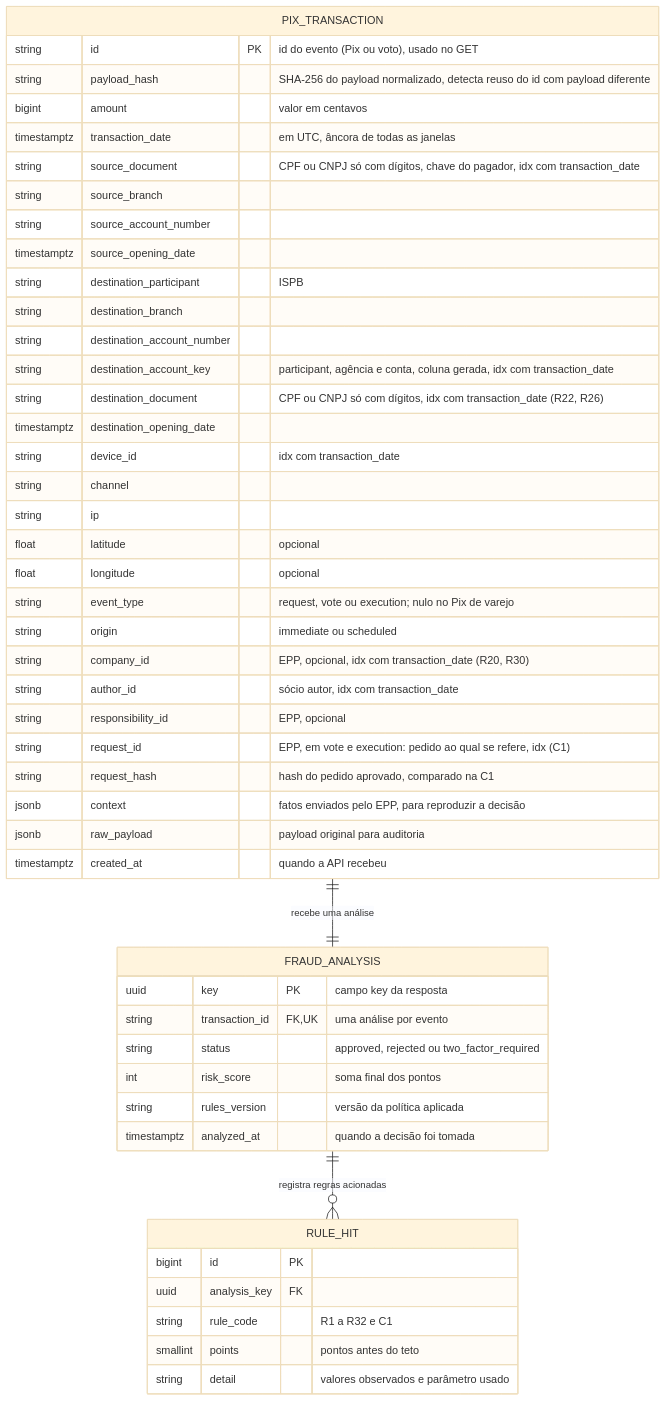
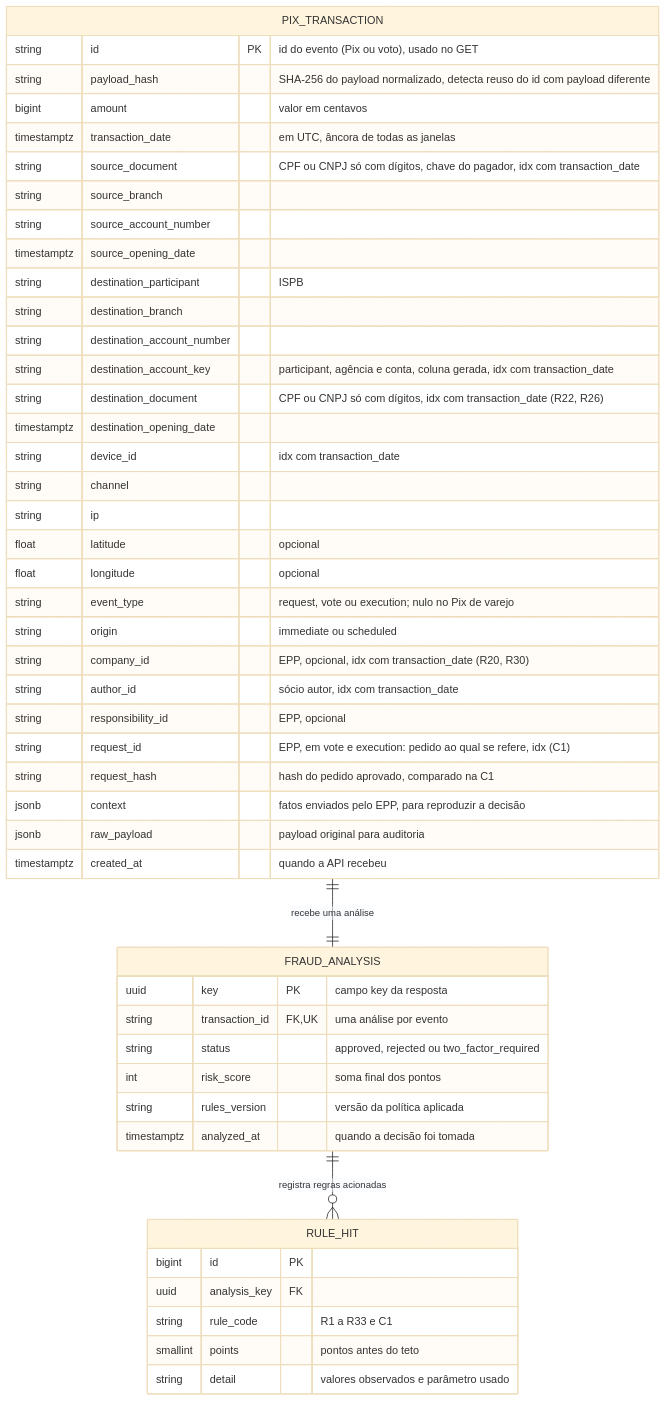
One commit to Hugo-Fuente/QIHackathon-Validacao-de-PIX changed the diagram in rfc_antifraude_pix.md. Above: the diagram before and after it, drawn with Mermaid (base theme). The commit also changed other lines of this file and 3 other files, not shown here.

````diff
--- a/rfc_antifraude_pix.md
+++ b/rfc_antifraude_pix.md
@@ -78,54 +78,54 @@
 ```mermaid
 erDiagram
     PIX_TRANSACTION ||--|| FRAUD_ANALYSIS : "recebe uma análise"
     FRAUD_ANALYSIS ||--o{ RULE_HIT : "registra regras acionadas"
 
     PIX_TRANSACTION {
         string id PK "id do evento (Pix ou voto), usado no GET"
         string payload_hash "SHA-256 do payload normalizado, detecta reuso do id com payload diferente"
         bigint amount "valor em centavos"
         timestamptz transaction_date "em UTC, âncora de todas as janelas"
         string source_document "CPF ou CNPJ só com dígitos, chave do pagador, idx com transaction_date"
         string source_branch
         string source_account_number
         timestamptz source_opening_date
         string destination_participant "ISPB"
         string destination_branch
         string destination_account_number
         string destination_account_key "participant, agência e conta, coluna gerada, idx com transaction_date"
         string destination_document "CPF ou CNPJ só com dígitos, idx com transaction_date (R22, R26)"
         timestamptz destination_opening_date
         string device_id "idx com transaction_date"
         string channel
         string ip
         float latitude "opcional"
         float longitude "opcional"
         string event_type "request, vote ou execution; nulo no Pix de varejo"
         string origin "immediate ou scheduled"
         string company_id "EPP, opcional, idx com transaction_date (R20, R30)"
         string author_id "sócio autor, idx com transaction_date"
         string responsibility_id "EPP, opcional"
         string request_id "EPP, em vote e execution: pedido ao qual se refere, idx (C1)"
         string request_hash "hash do pedido aprovado, comparado na C1"
         jsonb context "fatos enviados pelo EPP, para reproduzir a decisão"
         jsonb raw_payload "payload original para auditoria"
         timestamptz created_at "quando a API recebeu"
     }
 
     FRAUD_ANALYSIS {
         uuid key PK "campo key da resposta"
         string transaction_id FK, UK "uma análise por evento"
         string status "approved, rejected ou two_factor_required"
         int risk_score "soma final dos pontos"
         string rules_version "versão da política aplicada"
         timestamptz analyzed_at "quando a decisão foi tomada"
     }
 
     RULE_HIT {
         bigint id PK
         uuid analysis_key FK
-        string rule_code "R1 a R32 e C1"
+        string rule_code "R1 a R33 e C1"
         smallint points "pontos antes do teto"
         string detail "valores observados e parâmetro usado"
     }
 ```
````
